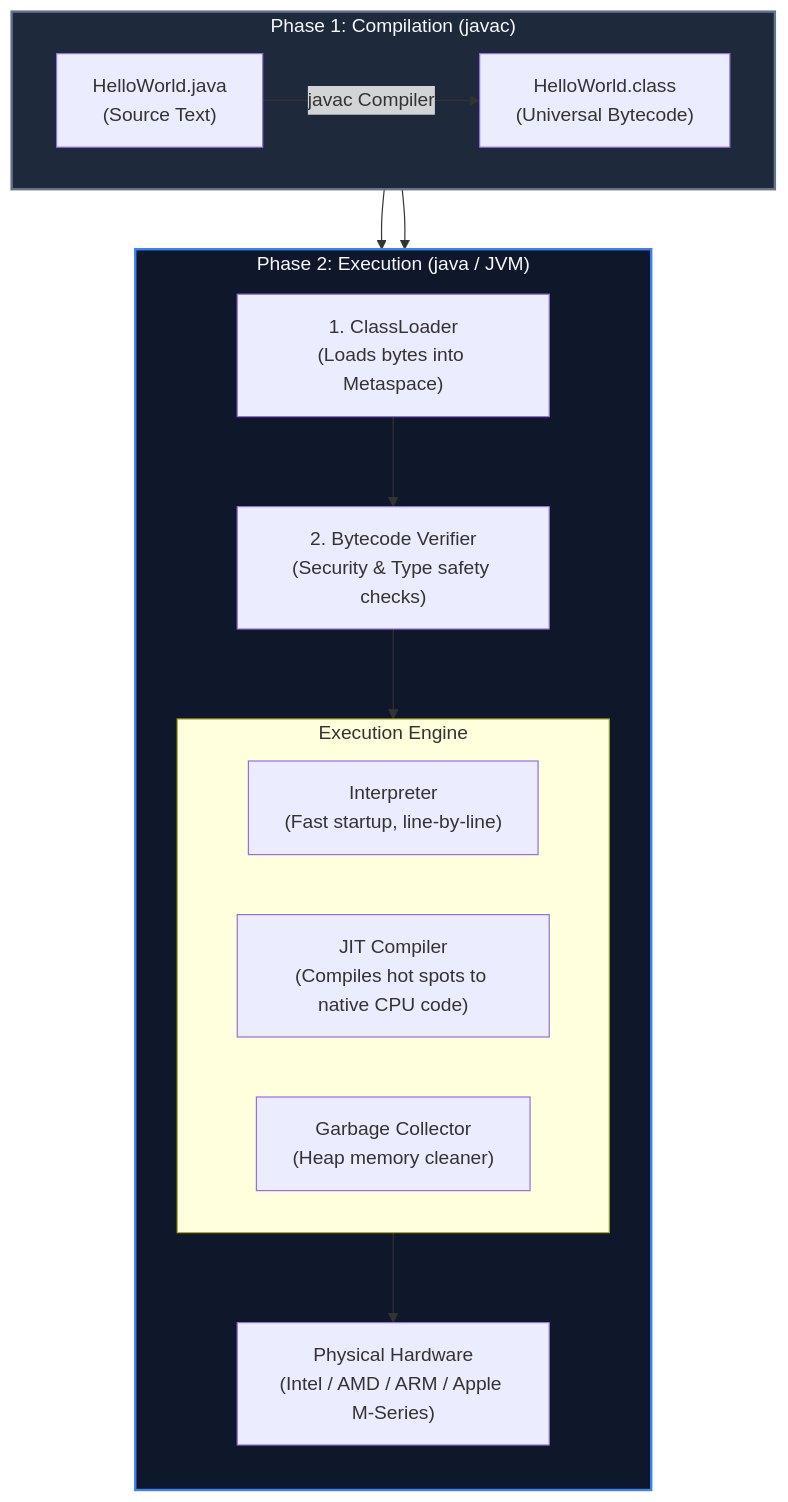
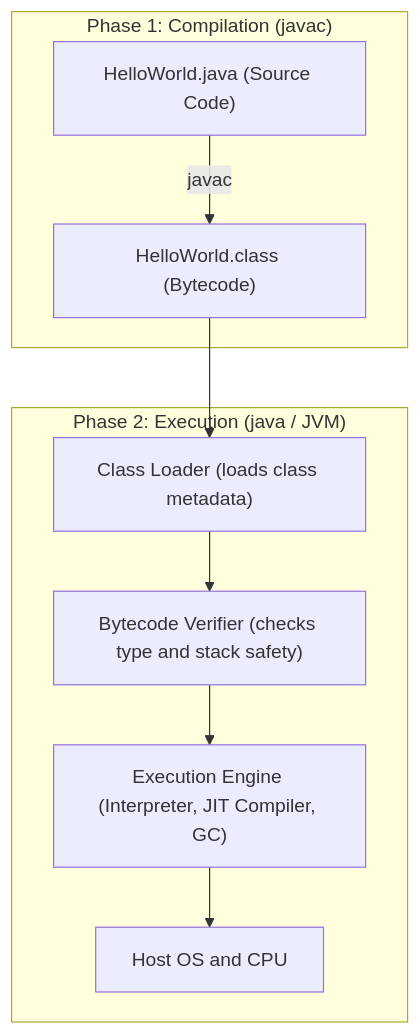
One commit to ravishankar2463/java_hub changed the fourth of 4 diagrams in content/roadmap/level-0/anatomy-of-a-java-program.md. Above: the diagram before and after it, drawn with Mermaid. The commit also changed other lines of this file and 119 other files, not shown here.

Commit message:
feat: add comprehensive java learning roadmap content across multiple levels

````diff
--- a/content/roadmap/level-0/anatomy-of-a-java-program.md
+++ b/content/roadmap/level-0/anatomy-of-a-java-program.md
@@ -289,28 +261,13 @@
 ```mermaid
 flowchart TD
-    subgraph Step1 ["Phase 1: Compilation (javac)"]
-        direction LR
-        Src["HelloWorld.java<br/>(Source Text)"] -->|"javac Compiler"| BC["HelloWorld.class<br/>(Universal Bytecode)"]
+    subgraph Compile["Phase 1: Compilation (javac)"]
+        Src["HelloWorld.java (Source Code)"] -->|"javac"| ClassFile["HelloWorld.class (Bytecode)"]
     end
 
-    subgraph Step2 ["Phase 2: Execution (java / JVM)"]
-        direction TB
-        BC --> CL["1. ClassLoader<br/>(Loads bytes into Metaspace)"]
-        CL --> BV["2. Bytecode Verifier<br/>(Security & Type safety checks)"]
-        BV --> EE["3. Execution Engine"]
-        
-        subgraph EE ["Execution Engine"]
-            direction LR
-            Interp["Interpreter<br/>(Fast startup, line-by-line)"]
-            JIT["JIT Compiler<br/>(Compiles hot spots to native CPU code)"]
-            GC["Garbage Collector<br/>(Heap memory cleaner)"]
-        end
-        
-        EE --> CPU["Physical Hardware<br/>(Intel / AMD / ARM / Apple M-Series)"]
+    subgraph Runtime["Phase 2: Execution (java / JVM)"]
+        ClassFile --> Loader["Class Loader (loads class metadata)"]
+        Loader --> Verifier["Bytecode Verifier (checks type and stack safety)"]
+        Verifier --> Exec["Execution Engine (Interpreter, JIT Compiler, GC)"]
+        Exec --> OS["Host OS and CPU"]
     end
-
-    Step1 --> Step2
-
-    style Step1 fill:#1e293b,stroke:#64748b,stroke-width:2px,color:#f8fafc
-    style Step2 fill:#0f172a,stroke:#3b82f6,stroke-width:2px,color:#f8fafc
 ```
````
